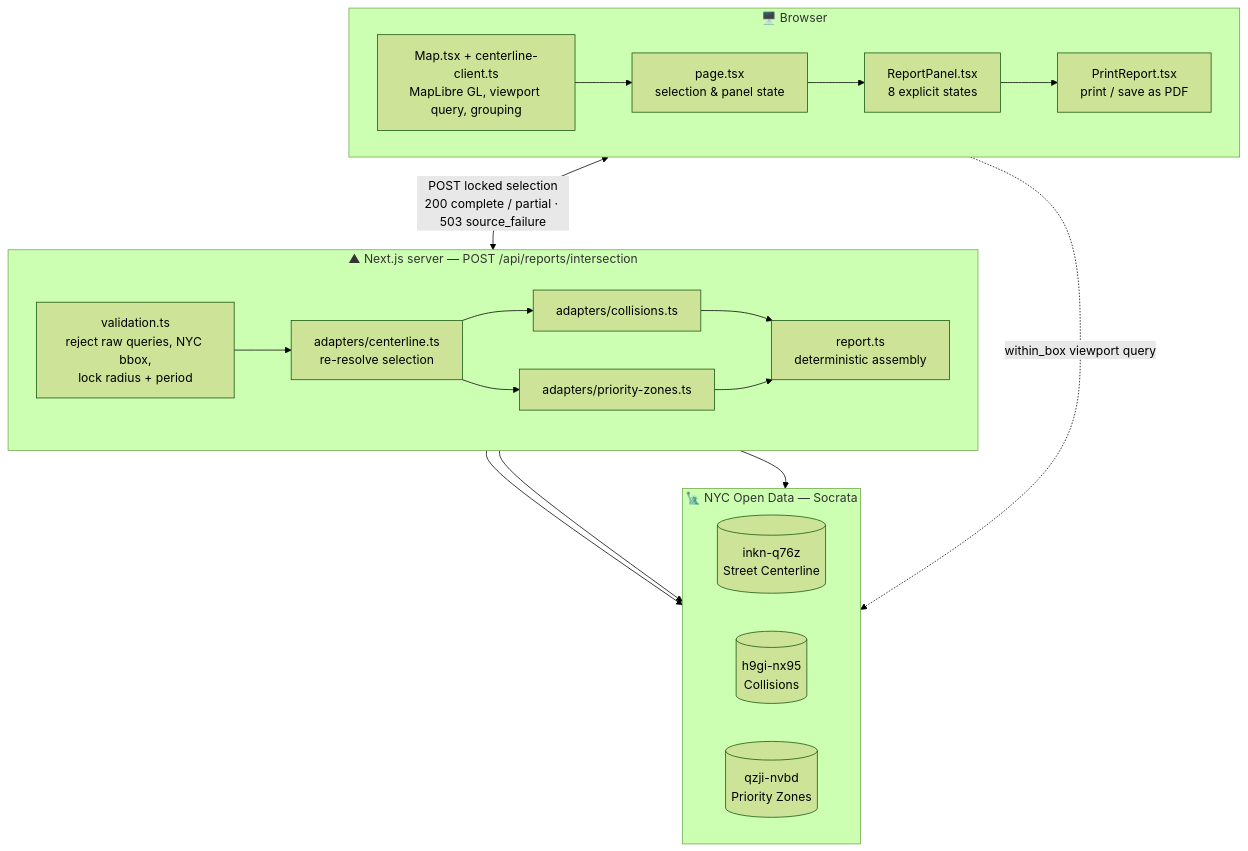
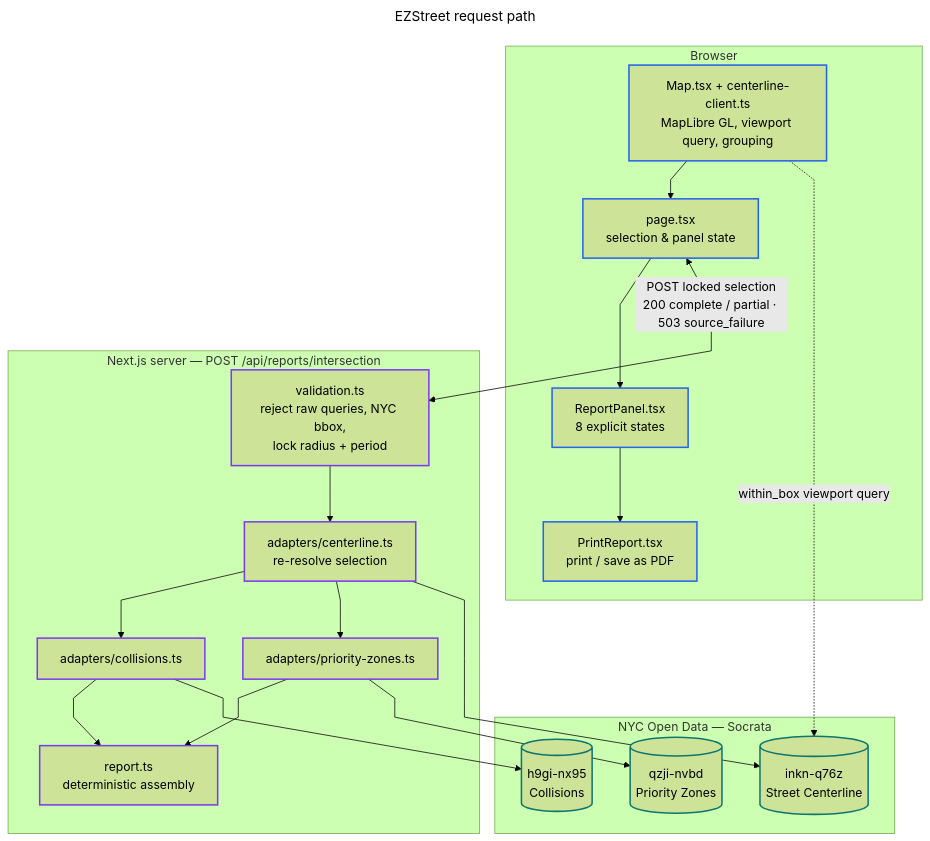
Before and after one commit to hirekarl/built4nyc-hackathon-202608: the diagram in README.md, drawn with Mermaid (forest theme). The commit also changed other lines of this file, not shown here.

Commit message:
docs: apply PR #29 review — mermaid a11y, honest PR count, corrected roles

````diff
--- a/README.md
+++ b/README.md
@@ -82,36 +82,61 @@
 ```mermaid
+---
+title: EZStreet request path
+config:
+  flowchart:
+    curve: linear
+---
 flowchart TB
-    subgraph browser["🖥️ Browser"]
-        direction LR
-        map["Map.tsx + centerline-client.ts<br/>MapLibre GL, viewport query, grouping"]
-        page["page.tsx<br/>selection &amp; panel state"]
-        panel["ReportPanel.tsx<br/>8 explicit states"]
-        print["PrintReport.tsx<br/>print / save as PDF"]
+    accTitle: EZStreet architecture, browser through Next.js server to NYC Open Data
+    accDescr {
+      Three tiers, top to bottom, in the order a request travels.
+      In the browser, Map.tsx queries the street centerline by viewport and
+      groups intersections; page.tsx holds selection and panel state;
+      ReportPanel.tsx renders eight explicit states; PrintReport.tsx handles
+      print and save as PDF.
+      page.tsx posts a locked selection to the Next.js server and receives
+      either a 200 complete or partial report, or a 503 source_failure.
+      On the server, validation.ts rejects raw queries, checks the NYC
+      bounding box, and locks radius and period; adapters/centerline.ts
+      re-resolves the selection; adapters/collisions.ts and
+      adapters/priority-zones.ts fetch in parallel; report.ts assembles the
+      report deterministically.
+      All three adapters read Socrata datasets: inkn-q76z for street
+      centerline, h9gi-nx95 for collisions, qzji-nvbd for priority zones.
+    }
+
+    subgraph browser["Browser"]
+        map["Map.tsx + centerline-client.ts<br/>MapLibre GL, viewport query, grouping"]:::tierBrowser
+        page["page.tsx<br/>selection &amp; panel state"]:::tierBrowser
+        panel["ReportPanel.tsx<br/>8 explicit states"]:::tierBrowser
+        print["PrintReport.tsx<br/>print / save as PDF"]:::tierBrowser
         map --> page --> panel --> print
     end
 
-    subgraph server["▲ Next.js server — POST /api/reports/intersection"]
-        direction LR
-        valid["validation.ts<br/>reject raw queries, NYC bbox,<br/>lock radius + period"]
-        cl["adapters/centerline.ts<br/>re-resolve selection"]
-        col["adapters/collisions.ts"]
-        pz["adapters/priority-zones.ts"]
-        report["report.ts<br/>deterministic assembly"]
+    subgraph server["Next.js server — POST /api/reports/intersection"]
+        valid["validation.ts<br/>reject raw queries, NYC bbox,<br/>lock radius + period"]:::tierServer
+        cl["adapters/centerline.ts<br/>re-resolve selection"]:::tierServer
+        col["adapters/collisions.ts"]:::tierServer
+        pz["adapters/priority-zones.ts"]:::tierServer
+        report["report.ts<br/>deterministic assembly"]:::tierServer
         valid --> cl
         cl --> col --> report
         cl --> pz --> report
     end
 
-    subgraph data["🗽 NYC Open Data — Socrata"]
-        direction LR
-        d1[("inkn-q76z<br/>Street Centerline")]
-        d2[("h9gi-nx95<br/>Collisions")]
-        d3[("qzji-nvbd<br/>Priority Zones")]
+    subgraph data["NYC Open Data — Socrata"]
+        d1[("inkn-q76z<br/>Street Centerline")]:::tierData
+        d2[("h9gi-nx95<br/>Collisions")]:::tierData
+        d3[("qzji-nvbd<br/>Priority Zones")]:::tierData
     end
 
     page <-- "POST locked selection<br/>200 complete / partial · 503 source_failure" --> valid
     map -. "within_box viewport query" .-> d1
     cl --> d1
     col --> d2
     pz --> d3
+
+    classDef tierBrowser stroke:#2563eb,stroke-width:2px
+    classDef tierServer stroke:#7c3aed,stroke-width:2px
+    classDef tierData stroke:#0f766e,stroke-width:2px
 ```
````
